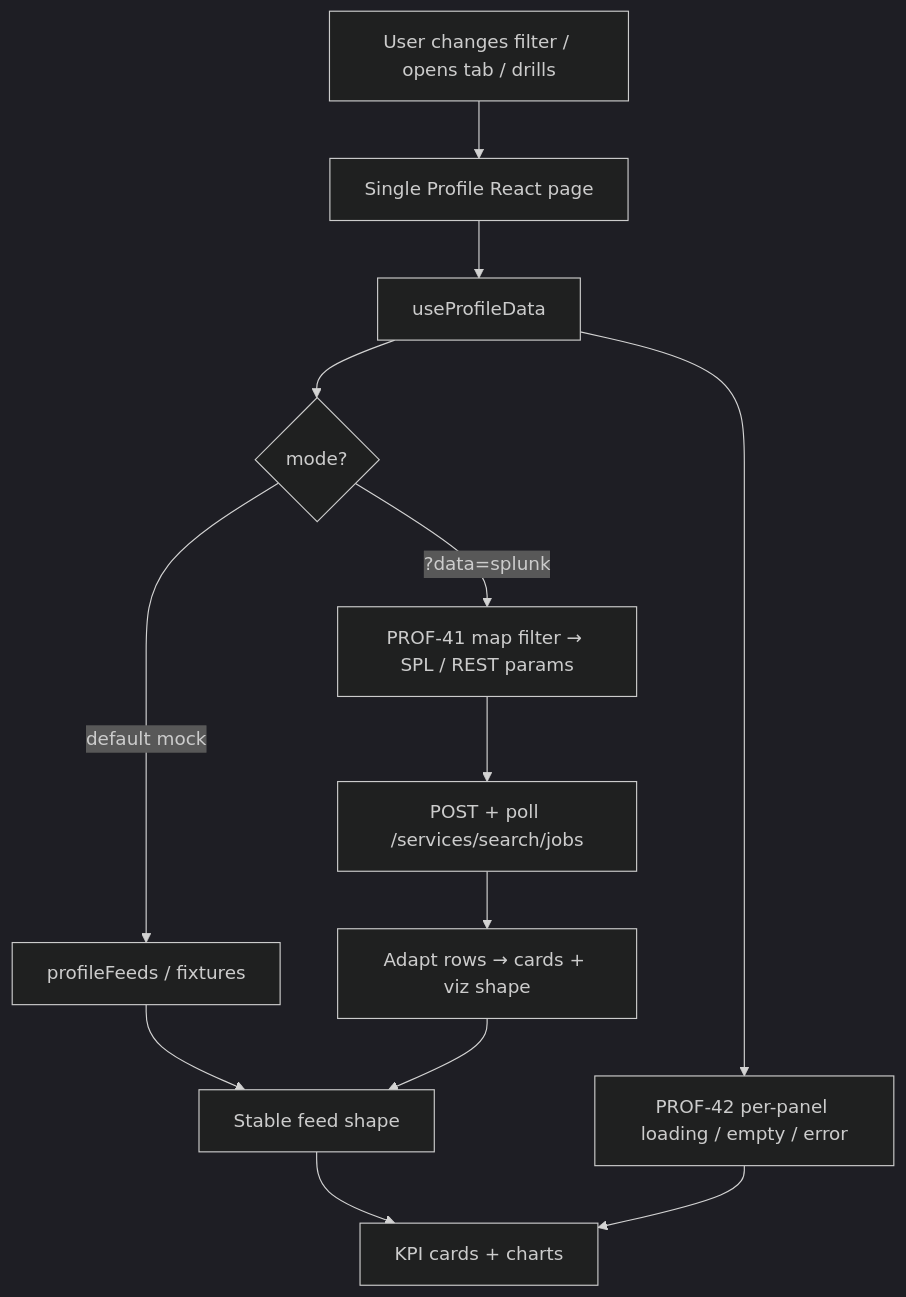
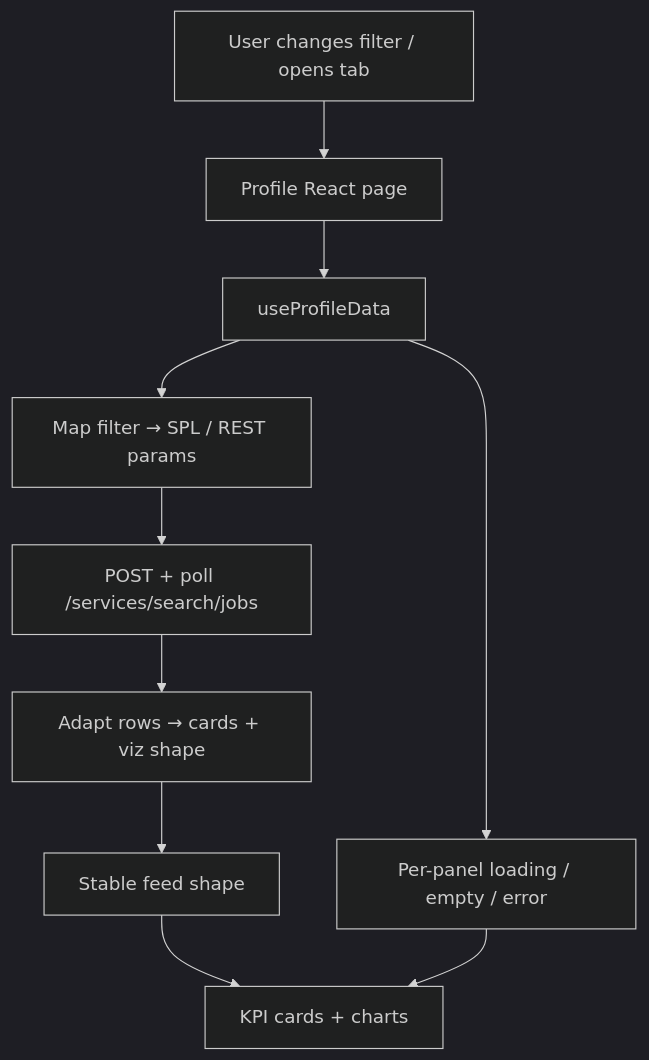
One commit to bleeclark/splunkStuff changed the fifth of 6 diagrams in packages/splunk-one/PROFILE-REACT-ARCHITECTURE.md. Above: the diagram before and after it, drawn with Mermaid (dark theme). The commit also changed other lines of this file and 20 other files, not shown here.

Commit message:
Refactor Profile React app to utilize live Splunk REST data, replacing mock fixtures. Updated filtering logic to map selections to SPL parameters and removed deprecated demo feed files. Enhanced error handling and loading states in the UI. Incremented asset version for clarity.

````diff
--- a/packages/splunk-one/PROFILE-REACT-ARCHITECTURE.md
+++ b/packages/splunk-one/PROFILE-REACT-ARCHITECTURE.md
@@ -191,19 +169,16 @@
 ```mermaid
 flowchart TB
-  User[User changes filter / opens tab / drills]
-  Page[Single Profile React page]
+  User[User changes filter / opens tab]
+  Page[Profile React page]
   Hook[useProfileData]
+  Map["Map filter → SPL / REST params"]
+  Jobs["POST + poll /services/search/jobs"]
+  Adapt[Adapt rows → cards + viz shape]
+  Shape[Stable feed shape]
+  UI[KPI cards + charts]
+  States[Per-panel loading / empty / error]
 
   User --> Page --> Hook
-  Hook --> Mode{mode?}
-
-  Mode -->|default mock| Mock[profileFeeds / fixtures]
-  Mode -->|?data=splunk| Map["PROF-41 map filter → SPL / REST params"]
-  Map --> Jobs["POST + poll /services/search/jobs"]
-  Jobs --> Adapt[Adapt rows → cards + viz shape]
-  Mock --> Shape[Stable feed shape]
-  Adapt --> Shape
-  Shape --> UI[KPI cards + charts]
-  Hook --> States[PROF-42 per-panel loading / empty / error]
-  States --> UI
+  Hook --> Map --> Jobs --> Adapt --> Shape --> UI
+  Hook --> States --> UI
 ```
````
